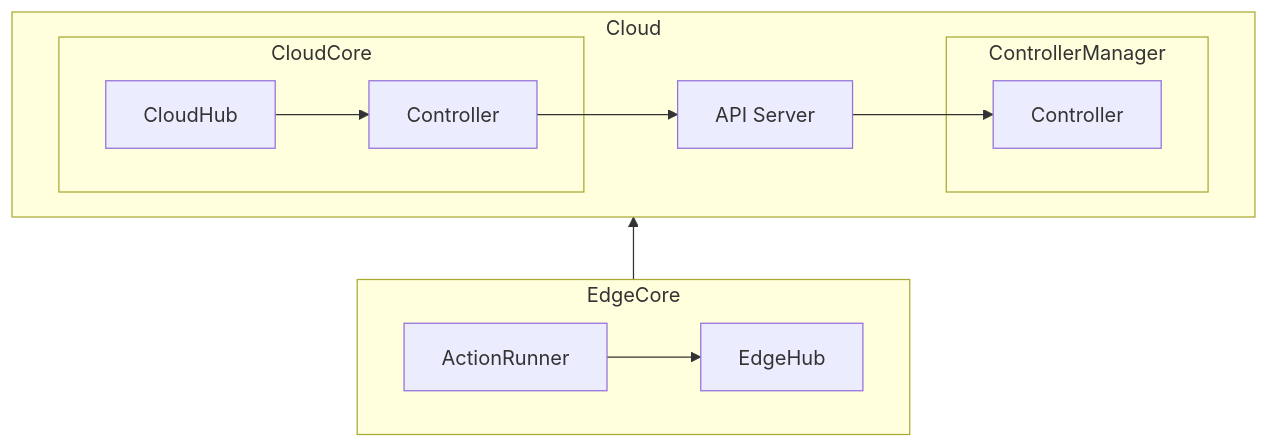
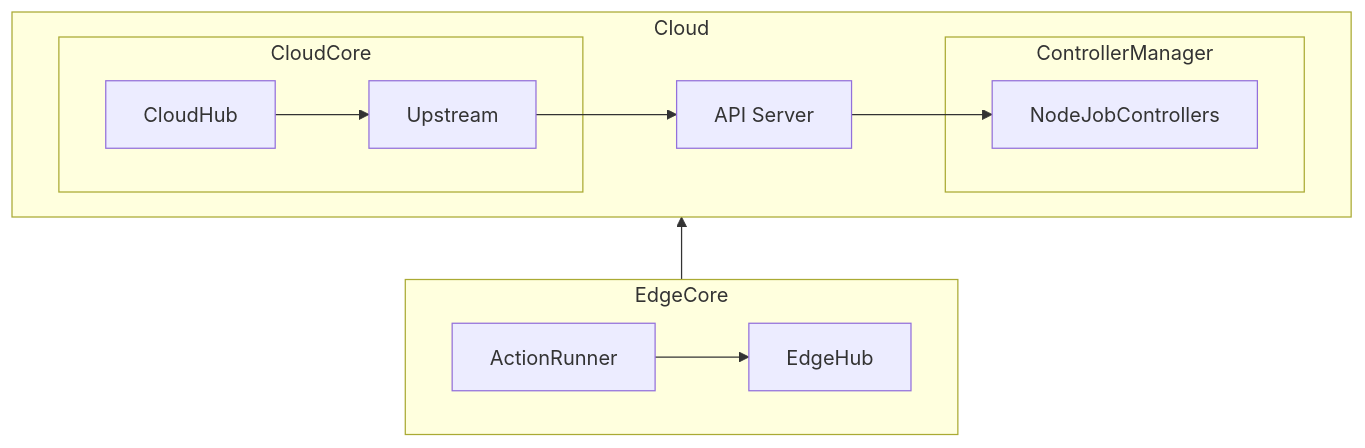
One commit to kubeedge/kubeedge changed the seventh of 7 diagrams in docs/proposals/edge-node-tasks-status-enhancement.md. Above: the diagram before and after it, drawn with Mermaid. The commit also changed other lines of this file and 3 other files, not shown here.

````diff
--- a/docs/proposals/edge-node-tasks-status-enhancement.md
+++ b/docs/proposals/edge-node-tasks-status-enhancement.md
@@ -422,19 +805,19 @@
 ```mermaid
 flowchart BT
   subgraph EdgeCore
     direction LR
     A[ActionRunner] --> B[EdgeHub]
   end
   subgraph Cloud
     direction LR
     subgraph CloudCore
-        C[CloudHub] --> D[Controller]
+        C[CloudHub] --> D[Upstream]
     end
     D --> E[API Server]
     subgraph ControllerManager
-        F[Controller]
+        F[NodeJobControllers]
     end
     E --> F
   end
   EdgeCore --> Cloud
 ```
````
